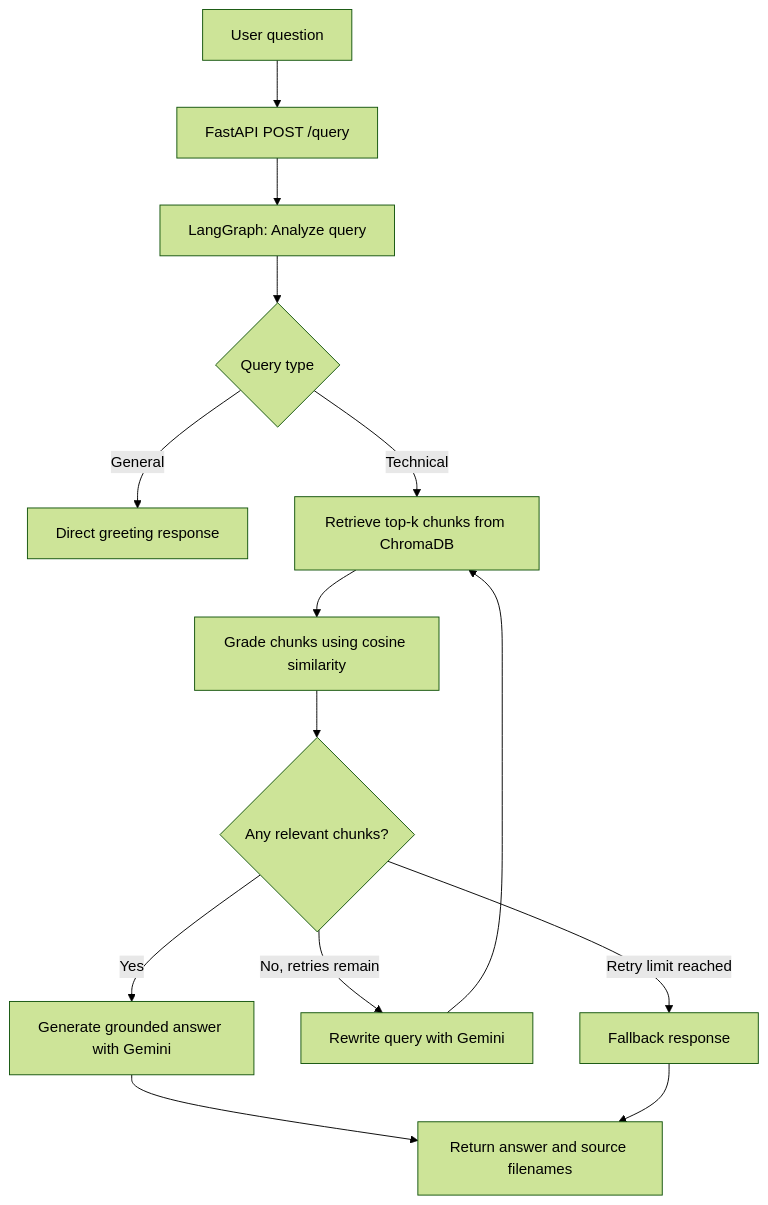
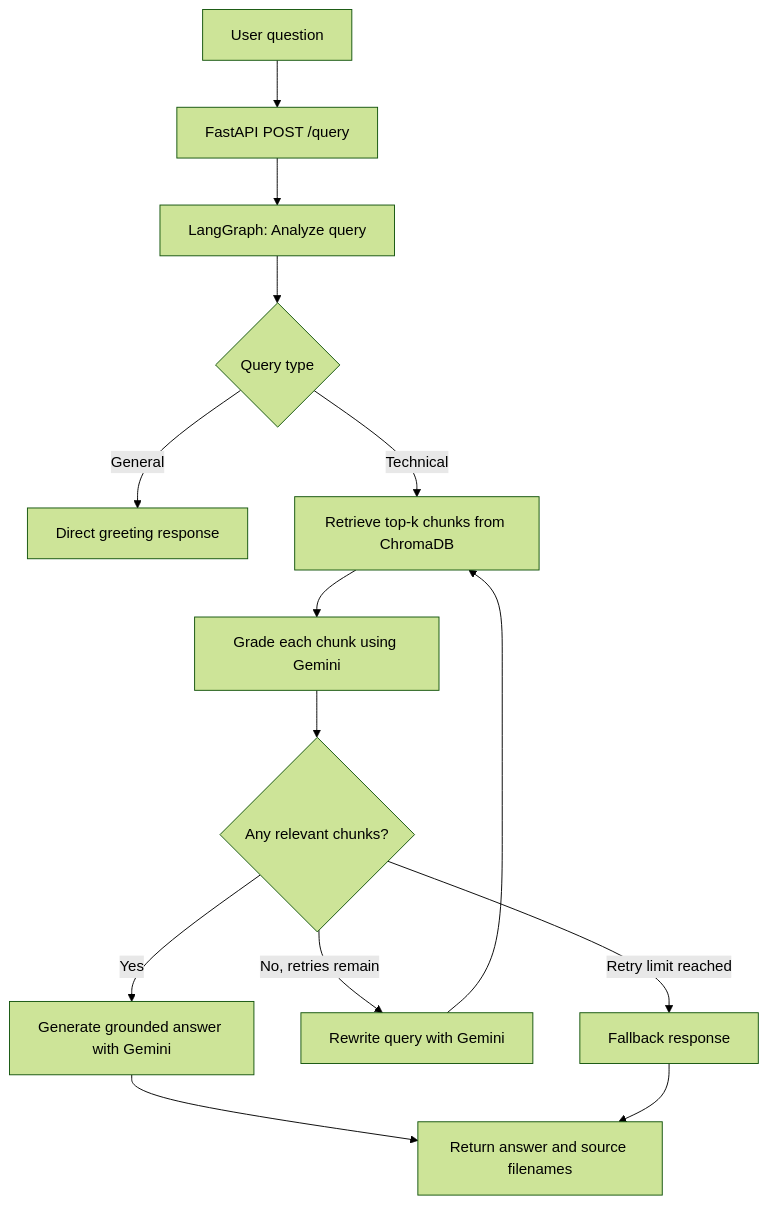
One commit to SovikMandal/Technical-Doc-Assistant changed the first of 2 diagrams in README.md. Above: the diagram before and after it, drawn with Mermaid (forest theme). The commit also changed other lines of this file, not shown here.

````diff
--- a/README.md
+++ b/README.md
@@ -34,16 +34,16 @@
-``` mermaid
+```mermaid
 flowchart TD
     A[User question] --> B[FastAPI POST /query]
     B --> C[LangGraph: Analyze query]
     C --> D{Query type}
     D -->|General| E[Direct greeting response]
     D -->|Technical| F[Retrieve top-k chunks from ChromaDB]
-    F --> G[Grade chunks using cosine similarity]
+    F --> G[Grade each chunk using Gemini]
     G --> H{Any relevant chunks?}
     H -->|Yes| I[Generate grounded answer with Gemini]
     I --> J[Return answer and source filenames]
     H -->|No, retries remain| K[Rewrite query with Gemini]
     K --> F
     H -->|Retry limit reached| L[Fallback response]
     L --> J
 ```
````
